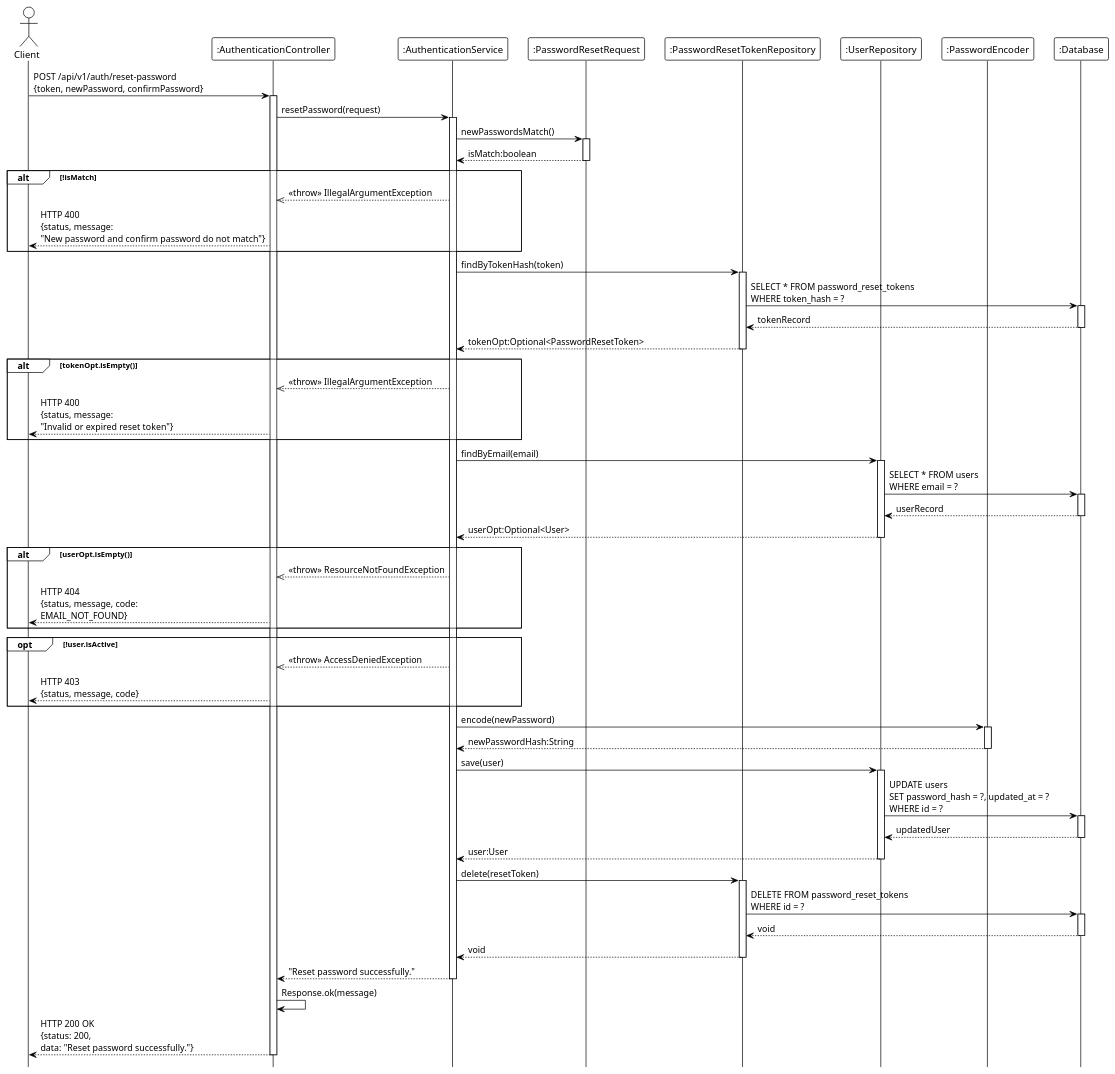
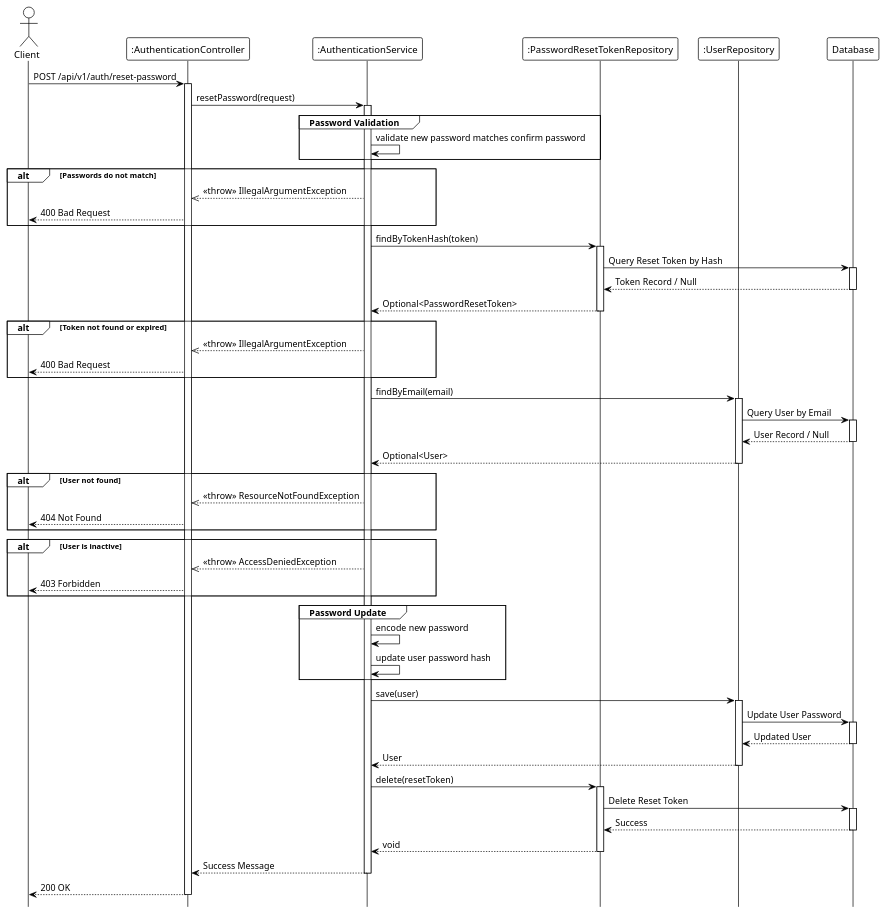
The diagram in system_detailed_design/04_forgot_password/sequence_diagram_reset_password.puml (Ndh474/context), drawn with PlantUML before and after one commit. The commit also changed 6 other files, not shown here.

Commit message:
refactor(diagrams): standardize diagram names and improve class/sequence diagrams for authentication flows

```diff
--- a/system_detailed_design/04_forgot_password/sequence_diagram_reset_password.puml
+++ b/system_detailed_design/04_forgot_password/sequence_diagram_reset_password.puml
@@ -1,101 +1,104 @@
-@startuml Reset Password
+@startuml reset_password
 !theme plain
 hide footbox
 
 actor Client
 participant ":AuthenticationController" as Controller
 participant ":AuthenticationService" as Service
-participant ":PasswordResetRequest" as Request
 participant ":PasswordResetTokenRepository" as TokenRepo
 participant ":UserRepository" as UserRepo
-participant ":PasswordEncoder" as Encoder
-participant ":Database" as DB
+participant "Database" as DB
 
-Client -> Controller: POST /api/v1/auth/reset-password\n{token, newPassword, confirmPassword}
+' --- MAIN FLOW ---
+Client -> Controller: POST /api/v1/auth/reset-password
 activate Controller
 
 Controller -> Service: resetPassword(request)
 activate Service
 
-Service -> Request: newPasswordsMatch()
-activate Request
-Request --> Service: isMatch:boolean
-deactivate Request
-
-alt !isMatch
-    Service -->> Controller: <<throw>> IllegalArgumentException
-    Controller --> Client: HTTP 400\n{status, message:\n"New password and confirm password do not match"}
+' --- INPUT VALIDATION ---
+group Password Validation
+    Service -> Service: validate new password matches confirm password
 end
 
+alt Passwords do not match
+    Service -->> Controller: <<throw>> IllegalArgumentException
+    Controller --> Client: 400 Bad Request
+end
+
+' --- TOKEN VERIFICATION ---
 Service -> TokenRepo: findByTokenHash(token)
 activate TokenRepo
 
-TokenRepo -> DB: SELECT * FROM password_reset_tokens\nWHERE token_hash = ?
+TokenRepo -> DB: Query Reset Token by Hash
 activate DB
-DB --> TokenRepo: tokenRecord
+DB --> TokenRepo: Token Record / Null
 deactivate DB
 
-TokenRepo --> Service: tokenOpt:Optional<PasswordResetToken>
+TokenRepo --> Service: Optional<PasswordResetToken>
 deactivate TokenRepo
 
-alt tokenOpt.isEmpty()
+alt Token not found or expired
     Service -->> Controller: <<throw>> IllegalArgumentException
-    Controller --> Client: HTTP 400\n{status, message:\n"Invalid or expired reset token"}
+    Controller --> Client: 400 Bad Request
 end
 
+' --- USER LOOKUP ---
 Service -> UserRepo: findByEmail(email)
 activate UserRepo
 
-UserRepo -> DB: SELECT * FROM users\nWHERE email = ?
+UserRepo -> DB: Query User by Email
 activate DB
-DB --> UserRepo: userRecord
+DB --> UserRepo: User Record / Null
 deactivate DB
 
-UserRepo --> Service: userOpt:Optional<User>
+UserRepo --> Service: Optional<User>
 deactivate UserRepo
 
-alt userOpt.isEmpty()
+' --- VALIDATION LOGIC ---
+alt User not found
     Service -->> Controller: <<throw>> ResourceNotFoundException
-    Controller --> Client: HTTP 404\n{status, message, code:\nEMAIL_NOT_FOUND}
+    Controller --> Client: 404 Not Found
 end
 
-opt !user.isActive
+alt User is inactive
     Service -->> Controller: <<throw>> AccessDeniedException
-    Controller --> Client: HTTP 403\n{status, message, code}
+    Controller --> Client: 403 Forbidden
 end
 
-Service -> Encoder: encode(newPassword)
-activate Encoder
-Encoder --> Service: newPasswordHash:String
-deactivate Encoder
+' --- PASSWORD UPDATE ---
+group Password Update
+    Service -> Service: encode new password
+    Service -> Service: update user password hash
+end
 
 Service -> UserRepo: save(user)
 activate UserRepo
 
-UserRepo -> DB: UPDATE users\nSET password_hash = ?, updated_at = ?\nWHERE id = ?
+UserRepo -> DB: Update User Password
 activate DB
-DB --> UserRepo: updatedUser
+DB --> UserRepo: Updated User
 deactivate DB
 
-UserRepo --> Service: user:User
+UserRepo --> Service: User
 deactivate UserRepo
 
+' --- TOKEN CLEANUP ---
 Service -> TokenRepo: delete(resetToken)
 activate TokenRepo
 
-TokenRepo -> DB: DELETE FROM password_reset_tokens\nWHERE id = ?
+TokenRepo -> DB: Delete Reset Token
 activate DB
-DB --> TokenRepo: void
+DB --> TokenRepo: Success
 deactivate DB
 
 TokenRepo --> Service: void
 deactivate TokenRepo
 
-Service --> Controller: "Reset password successfully."
+Service --> Controller: Success Message
 deactivate Service
 
-Controller -> Controller: Response.ok(message)
-Controller --> Client: HTTP 200 OK\n{status: 200,\ndata: "Reset password successfully."}
+Controller --> Client: 200 OK
 deactivate Controller
 
 @enduml
```
